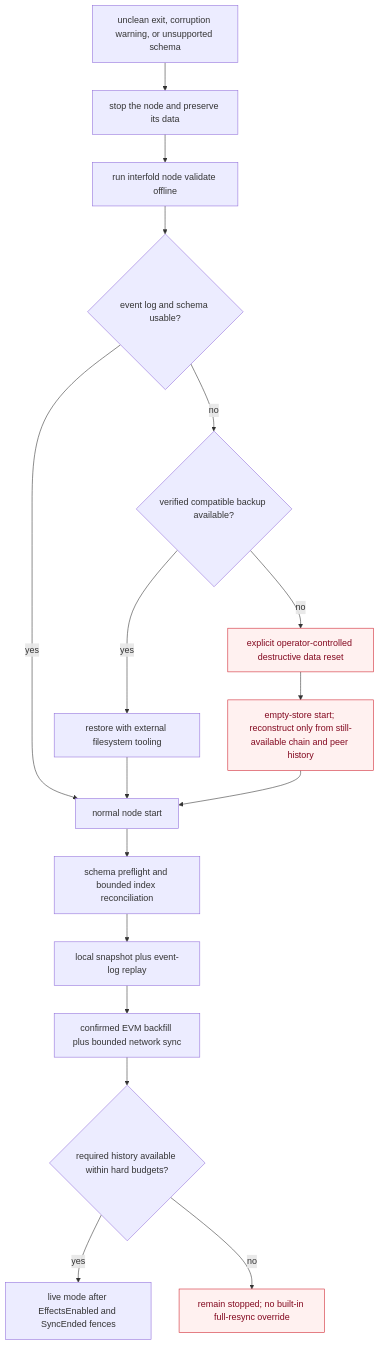
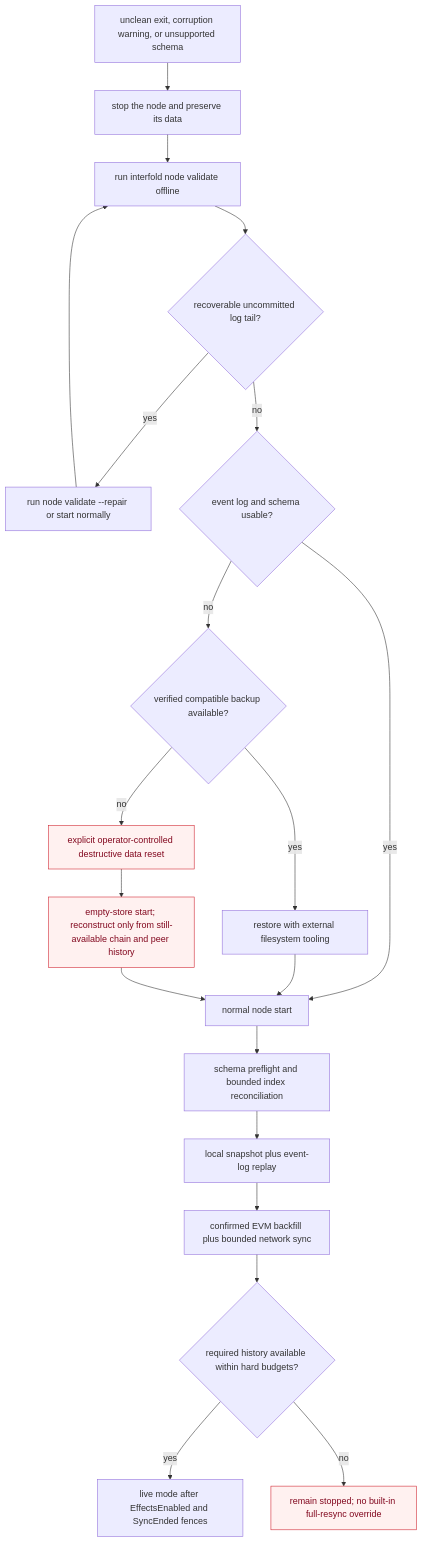
One commit to gnosisguild/interfold changed diagram 13 of 15 in agent/CRATES_ARCHITECTURE.md. Above: the diagram before and after it, drawn with Mermaid. The commit also changed other lines of this file and 16 other files, not shown here.

Commit message:
fix(storage): recover only uncommitted event-log tails

````diff
--- a/agent/CRATES_ARCHITECTURE.md
+++ b/agent/CRATES_ARCHITECTURE.md
@@ -711,23 +720,26 @@
 ```mermaid
 flowchart TD
     Incident[unclean exit, corruption warning, or unsupported schema] --> Stop[stop the node and preserve its data]
     Stop --> Validate[run interfold node validate offline]
-    Validate --> Decision{event log and schema usable?}
+    Validate --> Tail{recoverable uncommitted log tail?}
+    Tail -->|yes| Repair[run node validate --repair or start normally]
+    Repair --> Validate
+    Tail -->|no| Decision{event log and schema usable?}
     Decision -->|yes| Restart[normal node start]
     Restart --> Preflight[schema preflight and bounded index reconciliation]
     Preflight --> Replay[local snapshot plus event-log replay]
     Replay --> History[confirmed EVM backfill plus bounded network sync]
     History --> Available{required history available within hard budgets?}
     Available -->|yes| Live[live mode after EffectsEnabled and SyncEnded fences]
     Available -->|no| Blocked[remain stopped; no built-in full-resync override]
 
     Decision -->|no| Backup{verified compatible backup available?}
     Backup -->|yes| Restore[restore with external filesystem tooling]
     Restore --> Restart
     Backup -->|no| Reset[explicit operator-controlled destructive data reset]
     Reset --> Empty[empty-store start; reconstruct only from still-available chain and peer history]
     Empty --> Restart
 
     classDef residual fill:#fff1f0,stroke:#cf222e,color:#82071e
     class Blocked,Reset,Empty residual
 ```
````
